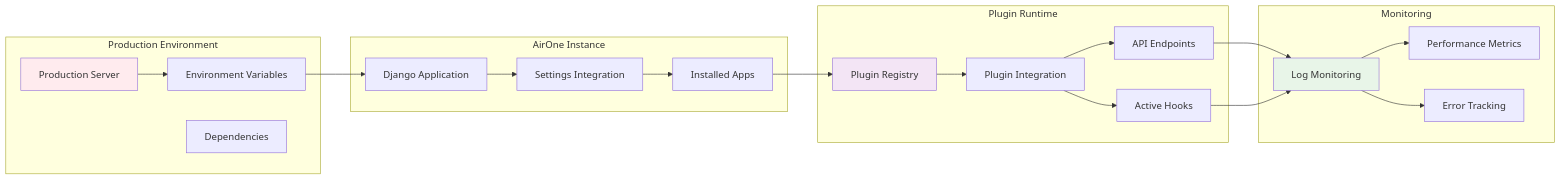
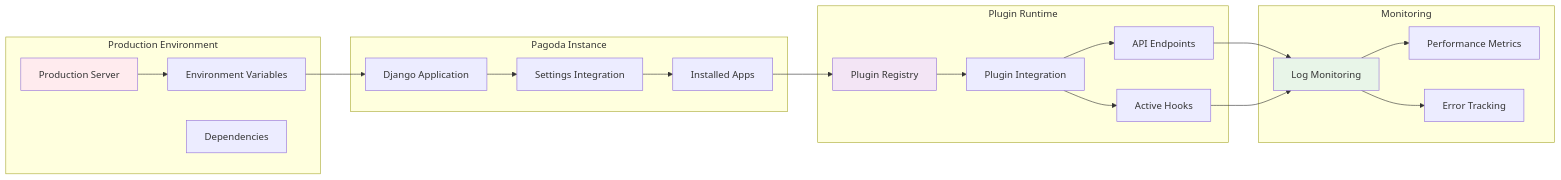
Before and after one commit to dmm-com/pagoda: the sixth of 11 diagrams in docs/content/advanced/plugin_architecture_diagrams.md, drawn with Mermaid. The commit also changed other lines of this file and 5 other files, not shown here.

````diff
--- a/docs/content/advanced/plugin_architecture_diagrams.md
+++ b/docs/content/advanced/plugin_architecture_diagrams.md
@@ -240,46 +240,46 @@
 ```mermaid
 graph LR
     subgraph "Production Environment"
         PROD[Production Server]
         ENV[Environment Variables]
         DEPS[Dependencies]
     end
 
-    subgraph "AirOne Instance"
+    subgraph "Pagoda Instance"
         DJANGO[Django Application]
         SETTINGS[Settings Integration]
         INSTALLED[Installed Apps]
     end
 
     subgraph "Plugin Runtime"
         PREG[Plugin Registry]
         PINT[Plugin Integration]
         APIS[API Endpoints]
         HOOKS[Active Hooks]
     end
 
     subgraph "Monitoring"
         LOGS[Log Monitoring]
         PERF[Performance Metrics]
         ERRORS[Error Tracking]
     end
 
     PROD --> ENV
     ENV --> DJANGO
     DJANGO --> SETTINGS
     SETTINGS --> INSTALLED
     INSTALLED --> PREG
 
     PREG --> PINT
     PINT --> APIS
     PINT --> HOOKS
 
     APIS --> LOGS
     HOOKS --> LOGS
     LOGS --> PERF
     LOGS --> ERRORS
 
     style PROD fill:#ffebee
     style PREG fill:#f3e5f5
     style LOGS fill:#e8f5e8
 ```
````
